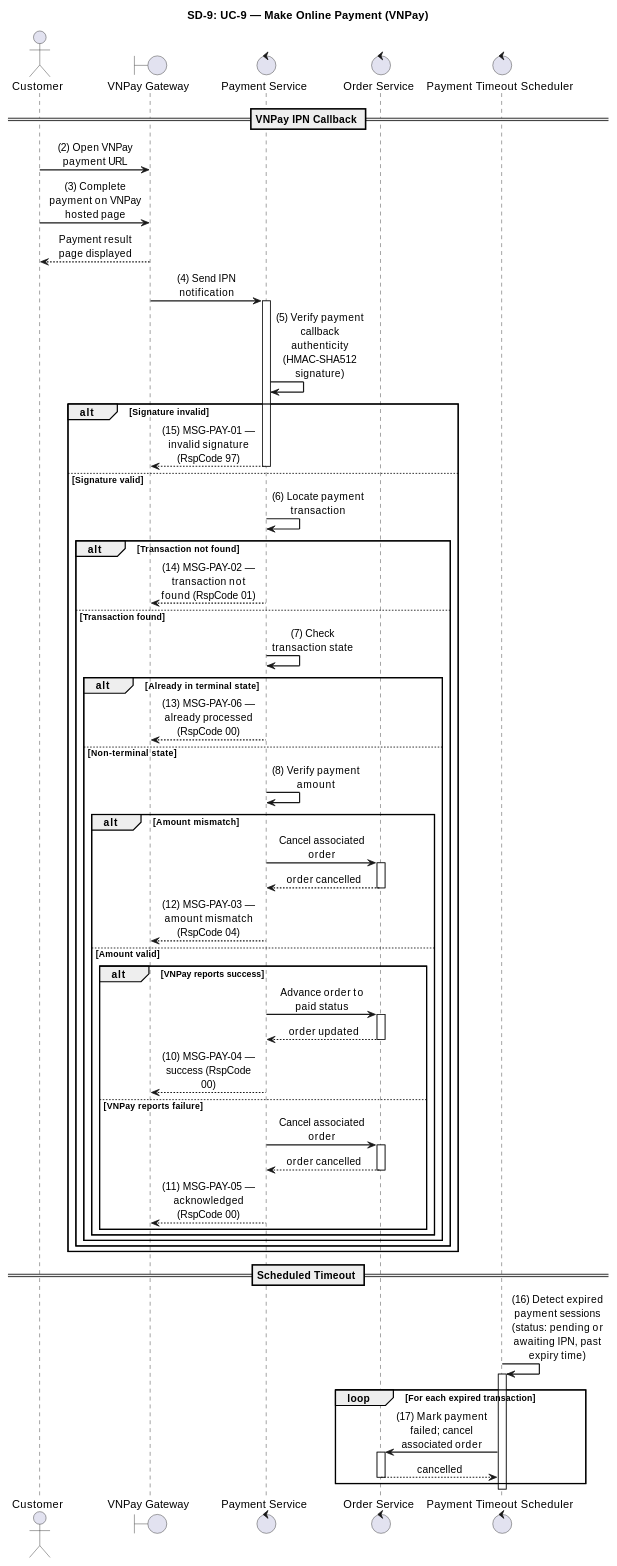
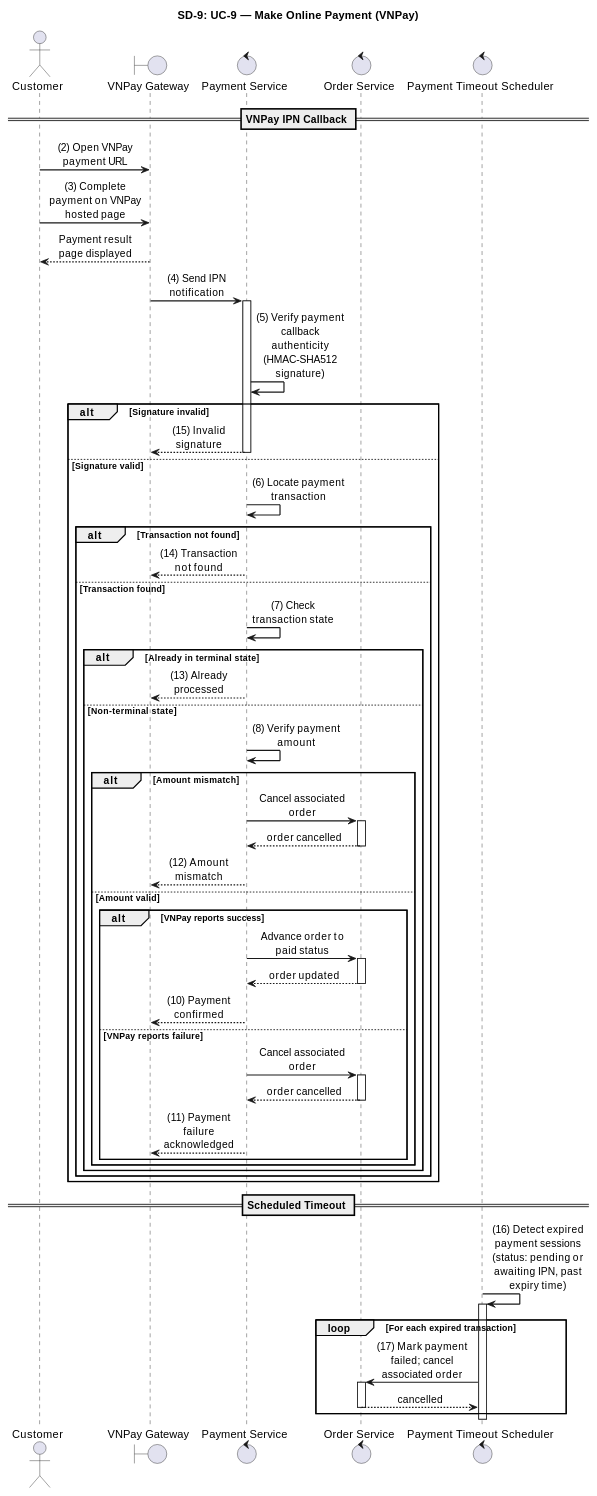
The ninth of 35 diagrams in apps/api/docs/Final_Documents/SRS_SequenceDiagrams.md (luubinhdeptrai/Food_Delivery), drawn with PlantUML before and after one commit. The commit also changed other lines of this file, not shown here.

Commit message:
complete sequence diagram

```diff
--- a/apps/api/docs/Final_Documents/SRS_SequenceDiagrams.md
+++ b/apps/api/docs/Final_Documents/SRS_SequenceDiagrams.md
@@ -728,21 +737,21 @@
 PaySvc -> PaySvc : (5) Verify payment callback authenticity\n(HMAC-SHA512 signature)
 
 alt Signature invalid
-    PaySvc --> VNPay : (15) MSG-PAY-01 — invalid signature (RspCode 97)
+    PaySvc --> VNPay : (15) Invalid signature
     deactivate PaySvc
 else Signature valid
 
     PaySvc -> PaySvc : (6) Locate payment transaction
 
     alt Transaction not found
-        PaySvc --> VNPay : (14) MSG-PAY-02 — transaction not found (RspCode 01)
+        PaySvc --> VNPay : (14) Transaction not found
         deactivate PaySvc
     else Transaction found
 
         PaySvc -> PaySvc : (7) Check transaction state
 
         alt Already in terminal state
-            PaySvc --> VNPay : (13) MSG-PAY-06 — already processed (RspCode 00)
+            PaySvc --> VNPay : (13) Already processed
             deactivate PaySvc
         else Non-terminal state
 
@@ -753,7 +762,7 @@
                 activate OrderSvc
                 OrderSvc --> PaySvc : order cancelled
                 deactivate OrderSvc
-                PaySvc --> VNPay : (12) MSG-PAY-03 — amount mismatch (RspCode 04)
+                PaySvc --> VNPay : (12) Amount mismatch
                 deactivate PaySvc
             else Amount valid
 
@@ -762,14 +771,14 @@
                     activate OrderSvc
                     OrderSvc --> PaySvc : order updated
                     deactivate OrderSvc
-                    PaySvc --> VNPay : (10) MSG-PAY-04 — success (RspCode 00)
+                    PaySvc --> VNPay : (10) Payment confirmed
                     deactivate PaySvc
                 else VNPay reports failure
                     PaySvc -> OrderSvc : Cancel associated order
                     activate OrderSvc
                     OrderSvc --> PaySvc : order cancelled
                     deactivate OrderSvc
-                    PaySvc --> VNPay : (11) MSG-PAY-05 — acknowledged (RspCode 00)
+                    PaySvc --> VNPay : (11) Payment failure acknowledged
                     deactivate PaySvc
                 end
             end
```
